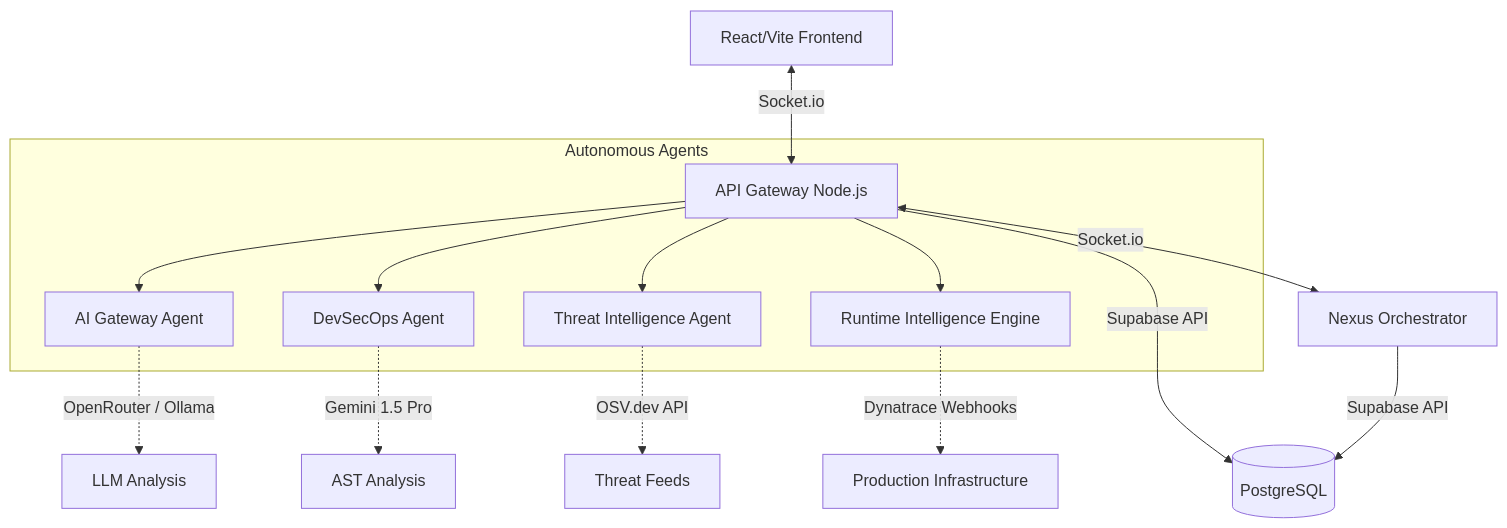
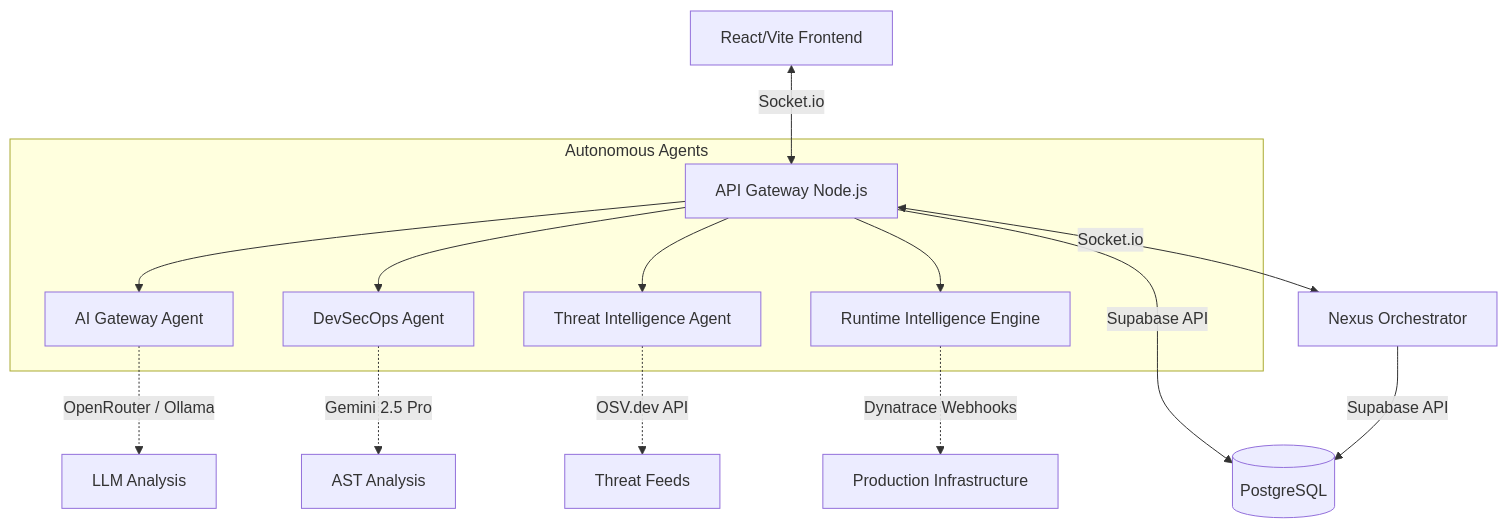
One commit to saishamehraa/CyberMesh changed the diagram in ARCHITECTURE.md. Above: the diagram before and after it, drawn with Mermaid. The commit also changed 5 other files, not shown here.

````diff
--- a/ARCHITECTURE.md
+++ b/ARCHITECTURE.md
@@ -11,20 +11,20 @@
 ```mermaid
 graph TD
     UI[React/Vite Frontend] <--> |Socket.io| AG[API Gateway Node.js]
     
     subgraph Autonomous Agents
         AG --> Gateway[AI Gateway Agent]
         AG --> DevSecOps[DevSecOps Agent]
         AG --> Intel[Threat Intelligence Agent]
         AG --> Runtime[Runtime Intelligence Engine]
     end
 
     Gateway -.-> |OpenRouter / Ollama| LLM1[LLM Analysis]
-    DevSecOps -.-> |Gemini 1.5 Pro| LLM2[AST Analysis]
+    DevSecOps -.-> |Gemini 2.5 Pro| LLM2[AST Analysis]
     Intel -.-> |OSV.dev API| DB[Threat Feeds]
     Runtime -.-> |Dynatrace Webhooks| Infra[Production Infrastructure]
 
     AG <--> |Socket.io| Nexus[Nexus Orchestrator]
     Nexus --> |Supabase API| Postgres[(PostgreSQL)]
     AG --> |Supabase API| Postgres
 ```
````
